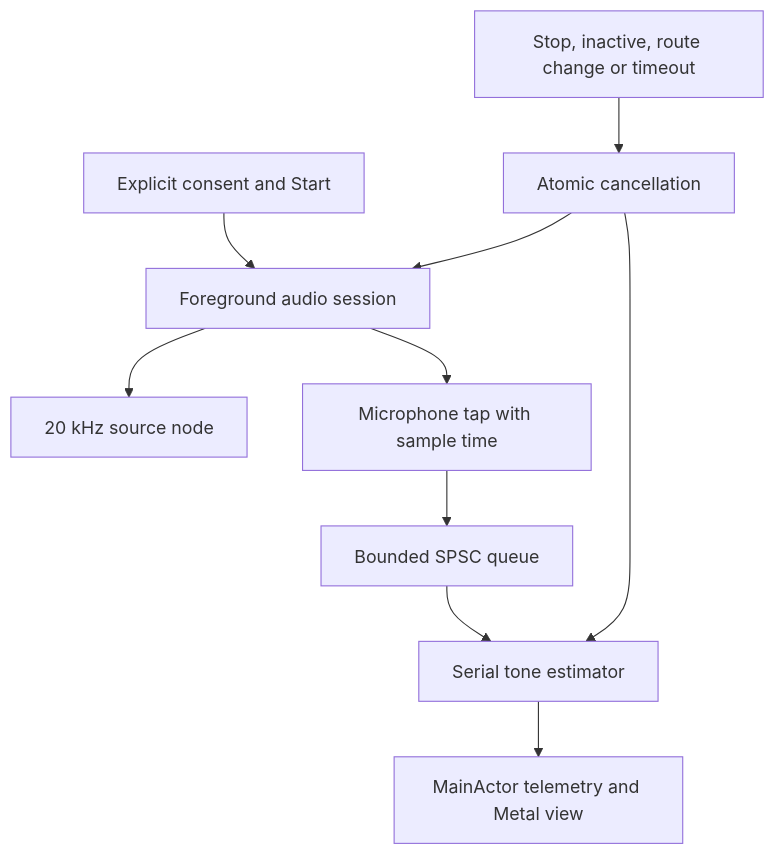
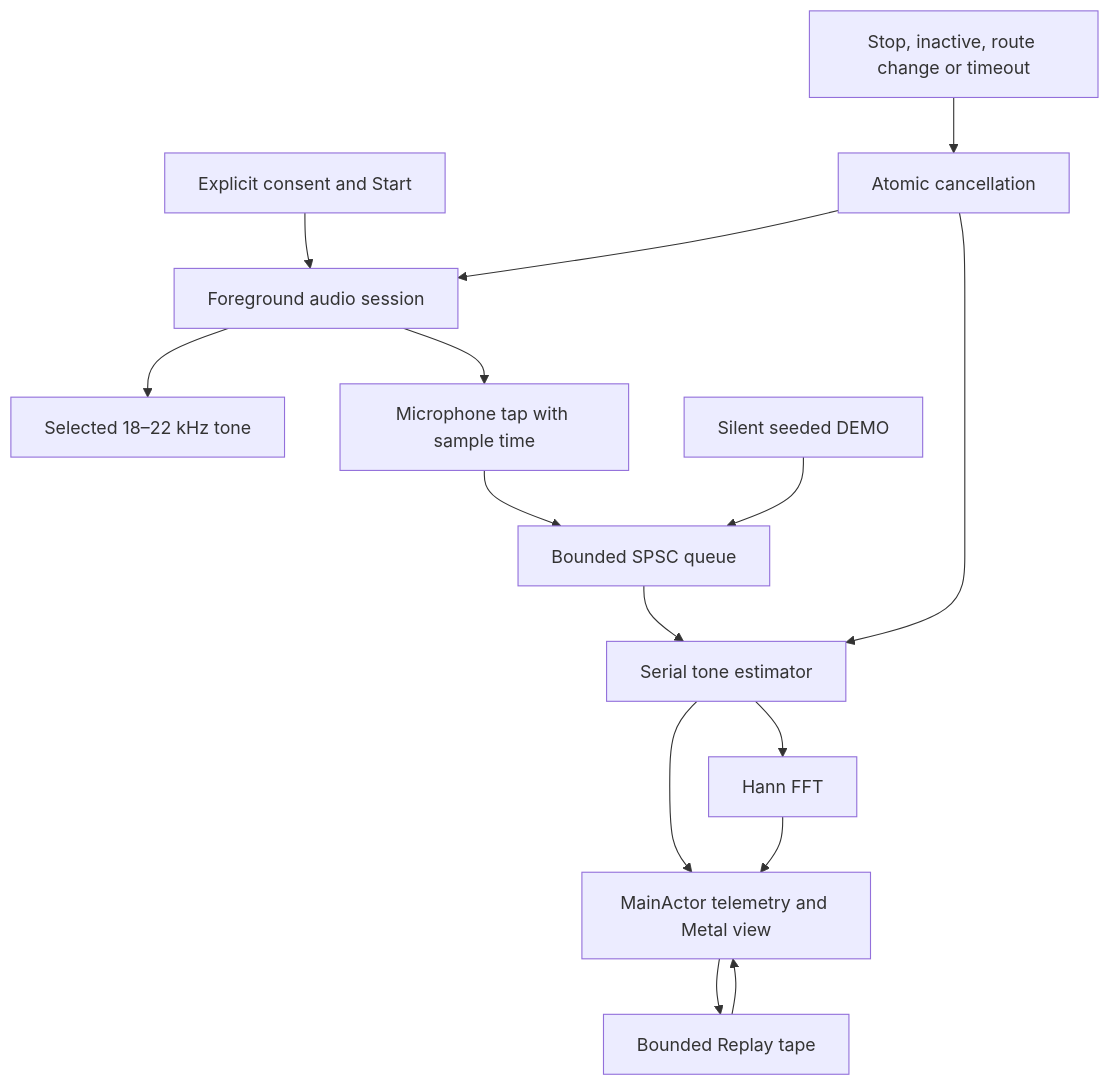
One commit to timelabs-npo/Rhea-RF-Spanner changed the diagram in docs/ARCHITECTURE.md. Above: the diagram before and after it, drawn with Mermaid. The commit also changed other lines of this file and 39 other files, not shown here.

Commit message:
Add Observatory modes, Z96 carrier grid, deterministic DEMO, spectrum and replay

````diff
--- a/docs/ARCHITECTURE.md
+++ b/docs/ARCHITECTURE.md
@@ -9,12 +9,17 @@
 ```mermaid
 flowchart TD
     Consent["Explicit consent and Start"] --> Audio["Foreground audio session"]
-    Audio --> Tone["20 kHz source node"]
+    Audio --> Tone["Selected 18–22 kHz tone"]
     Audio --> Tap["Microphone tap with sample time"]
     Tap --> Ring["Bounded SPSC queue"]
+    Demo["Silent seeded DEMO"] --> Ring
     Ring --> DSP["Serial tone estimator"]
     DSP --> UI["MainActor telemetry and Metal view"]
+    DSP --> Spectrum["Hann FFT"]
+    Spectrum --> UI
+    UI --> Tape["Bounded Replay tape"]
+    Tape --> UI
     Stop["Stop, inactive, route change or timeout"] --> Cancel["Atomic cancellation"]
     Cancel --> Audio
     Cancel --> DSP
 ```
````
